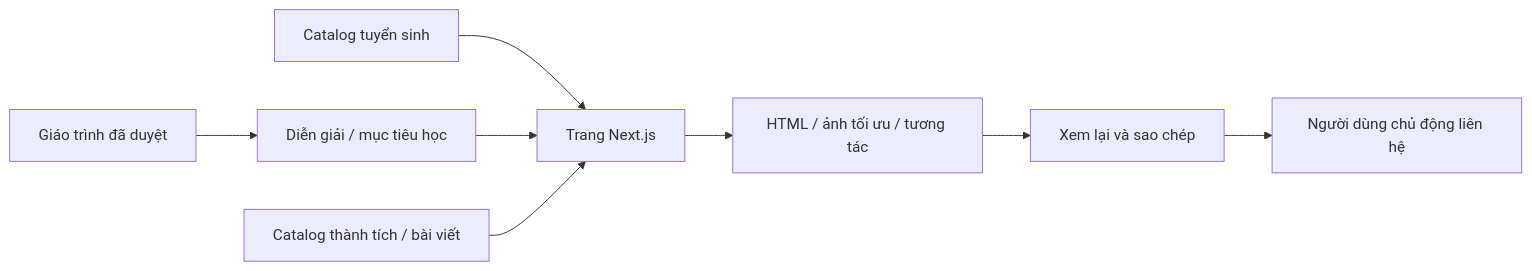
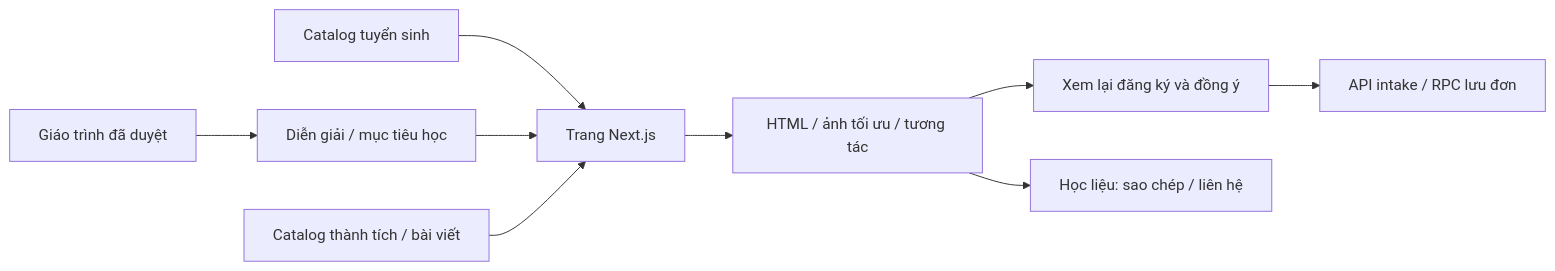
The first of 2 diagrams in docs/ARCHITECTURE.md (thiennhan13/CtyGiaDinhCSAT), drawn with Mermaid before and after one commit. The commit also changed other lines of this file and 76 other files, not shown here.

````diff
--- a/docs/ARCHITECTURE.md
+++ b/docs/ARCHITECTURE.md
@@ -19,10 +19,11 @@
 ```mermaid
 flowchart LR
     C[Catalog tuyển sinh] --> P[Trang Next.js]
     K[Giáo trình đã duyệt] --> R[Diễn giải / mục tiêu học]
     R --> P
     H[Catalog thành tích / bài viết] --> P
     P --> U[HTML / ảnh tối ưu / tương tác]
-    U --> F[Xem lại và sao chép]
-    F --> L[Người dùng chủ động liên hệ]
+    U --> F[Xem lại đăng ký và đồng ý]
+    F --> L[API intake / RPC lưu đơn]
+    U --> M[Học liệu: sao chép / liên hệ]
 ```
````
